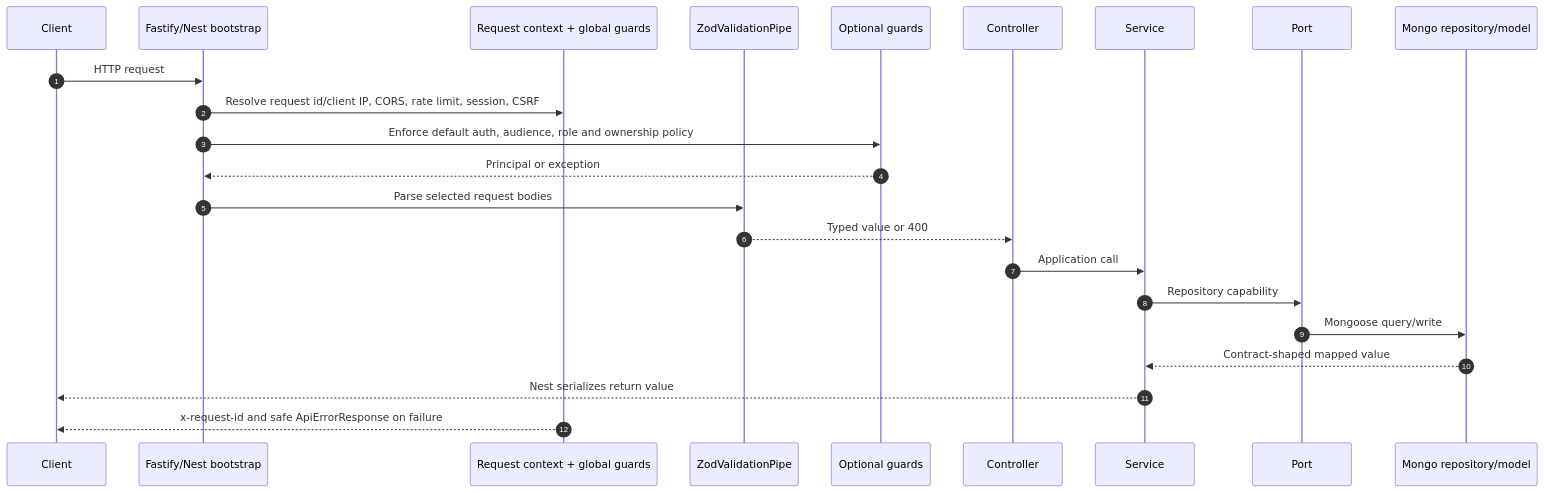
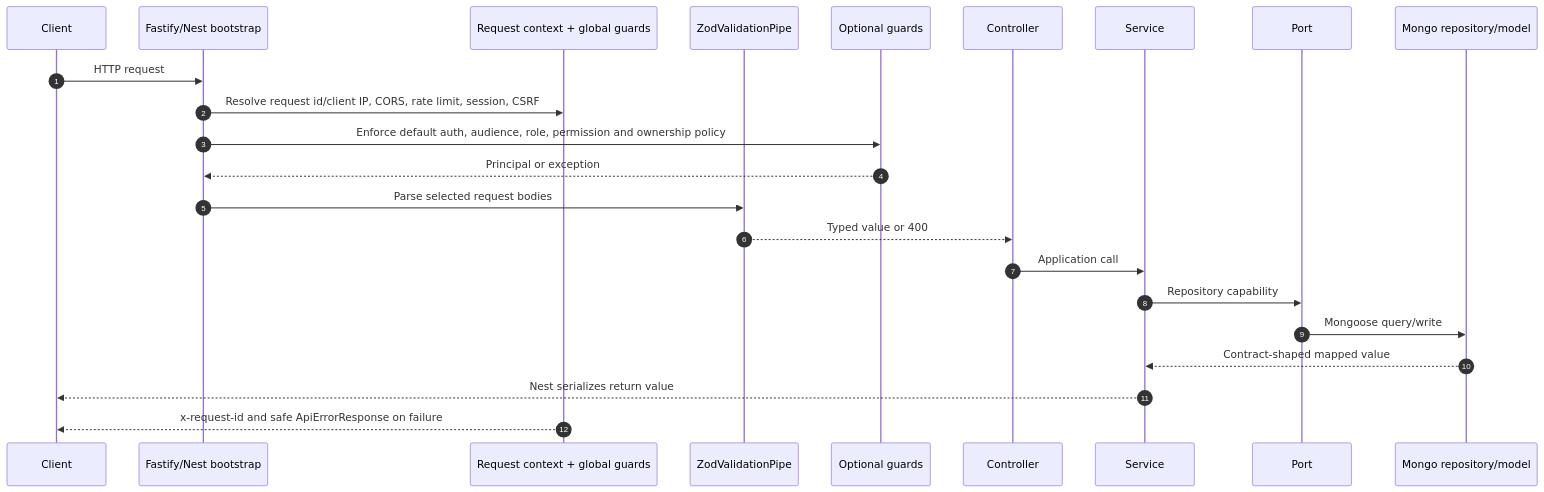
One commit to Kaizer-Systems/saha-textile changed the first of 2 diagrams in docs/backend/request-lifecycle.md. Above: the diagram before and after it, drawn with Mermaid. The commit also changed other lines of this file and 48 other files, not shown here.

````diff
--- a/docs/backend/request-lifecycle.md
+++ b/docs/backend/request-lifecycle.md
@@ -47,26 +47,26 @@
 ```mermaid
 sequenceDiagram
     autonumber
     participant Client
     participant Fastify as Fastify/Nest bootstrap
     participant Context as Request context + global guards
     participant Pipe as ZodValidationPipe
     participant Guard as Optional guards
     participant Controller
     participant Service
     participant Port
     participant Mongo as Mongo repository/model
 
     Client->>Fastify: HTTP request
     Fastify->>Context: Resolve request id/client IP, CORS, rate limit, session, CSRF
-    Fastify->>Guard: Enforce default auth, audience, role and ownership policy
+    Fastify->>Guard: Enforce default auth, audience, role, permission and ownership policy
     Guard-->>Fastify: Principal or exception
     Fastify->>Pipe: Parse selected request bodies
     Pipe-->>Controller: Typed value or 400
     Controller->>Service: Application call
     Service->>Port: Repository capability
     Port->>Mongo: Mongoose query/write
     Mongo-->>Service: Contract-shaped mapped value
     Service-->>Client: Nest serializes return value
     Context-->>Client: x-request-id and safe ApiErrorResponse on failure
 ```
````
